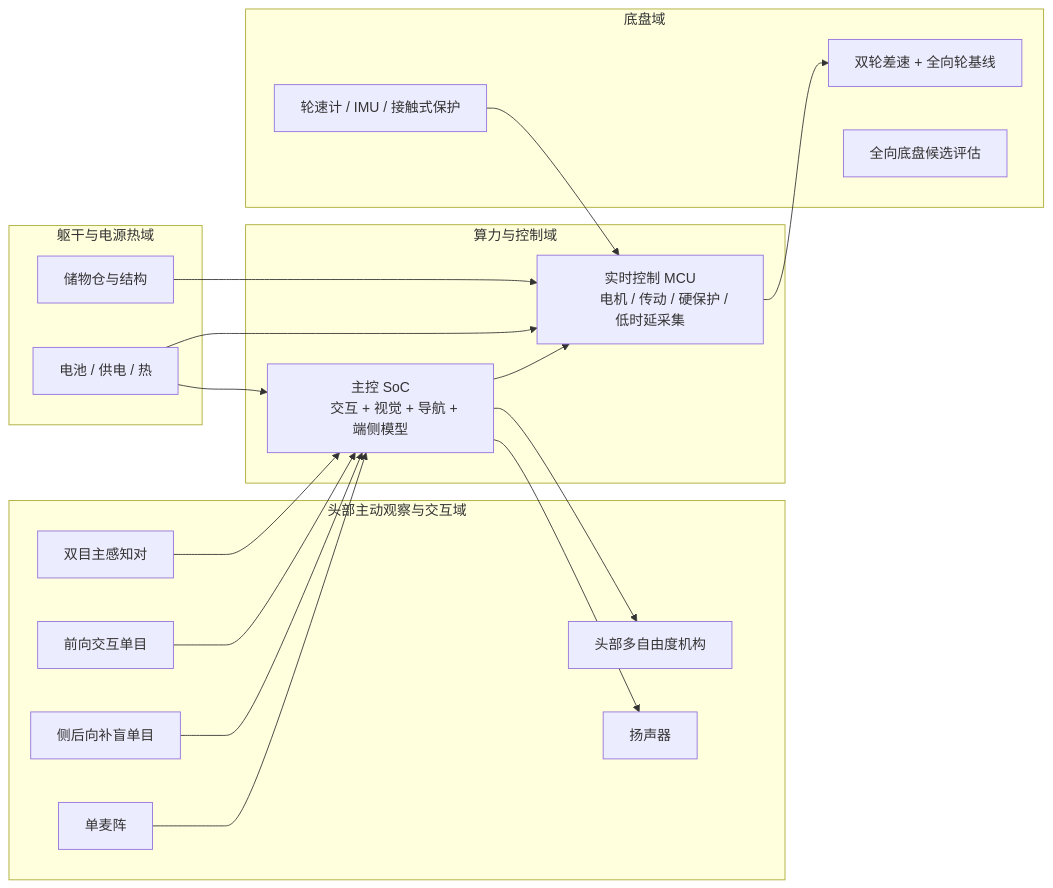
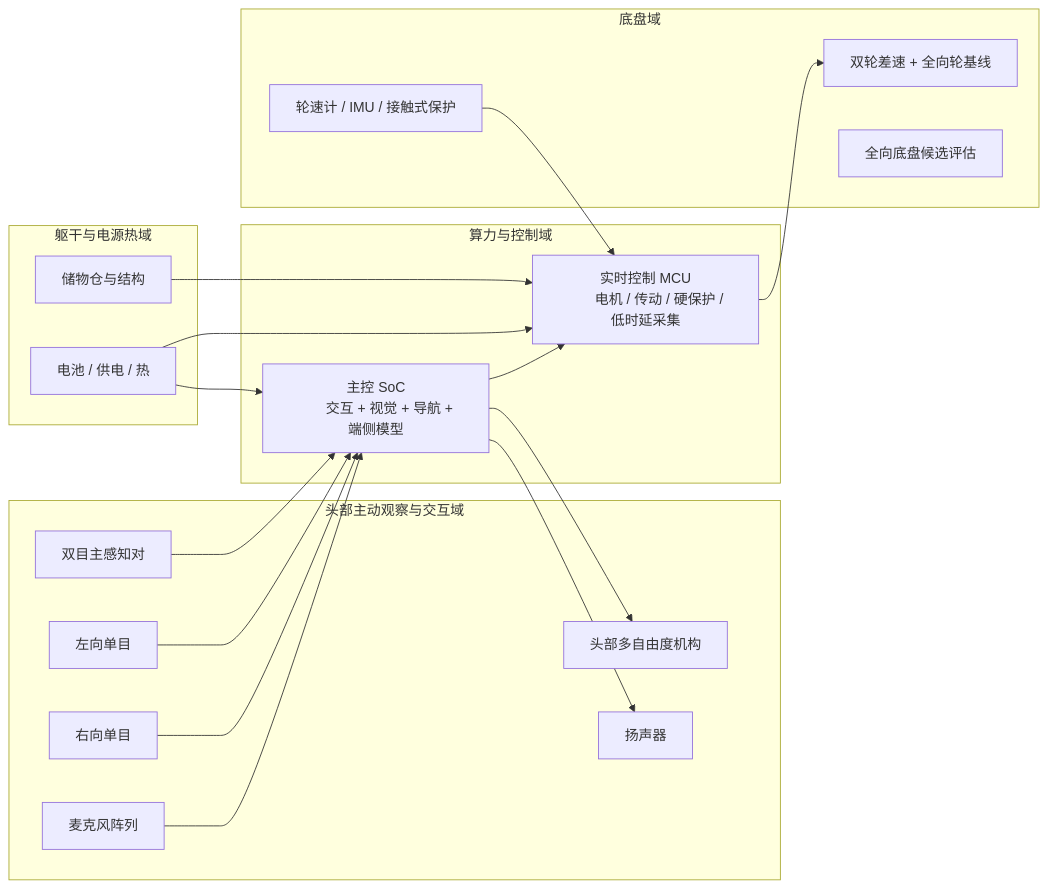
The ninth of 11 diagrams in docs/02_p1_architecture/01_overall_architecture.md (hlm12348765/Kinbot_OODA), drawn with Mermaid before and after one commit. The commit also changed 12 other files, not shown here.

````diff
--- a/docs/02_p1_architecture/01_overall_architecture.md
+++ b/docs/02_p1_architecture/01_overall_architecture.md
@@ -428,42 +428,42 @@
 ```mermaid
 flowchart LR
     subgraph HEAD["头部主动观察与交互域"]
         H1["双目主感知对"]
-        H2["前向交互单目"]
-        H3["侧后向补盲单目"]
-        H4["单麦阵"]
+        H2["左向单目"]
+        H3["右向单目"]
+        H4["麦克风阵列"]
         H5["扬声器"]
         H6["头部多自由度机构"]
     end
 
     subgraph CORE["算力与控制域"]
         C1["主控 SoC
         交互 + 视觉 + 导航 + 端侧模型"]
         C2["实时控制 MCU
         电机 / 传动 / 硬保护 / 低时延采集"]
     end
 
     subgraph BODY["躯干与电源热域"]
         B1["储物仓与结构"]
         B2["电池 / 供电 / 热"]
     end
 
     subgraph CHASSIS["底盘域"]
         M1["双轮差速 + 全向轮基线"]
         M2["全向底盘候选评估"]
         M3["轮速计 / IMU / 接触式保护"]
     end
 
     H1 --> C1
     H2 --> C1
     H3 --> C1
     H4 --> C1
     C1 --> H5
     C1 --> H6
     C1 --> C2
     C2 --> M1
     M3 --> C2
     B2 --> C1
     B2 --> C2
     B1 --> C2
 ```
````
